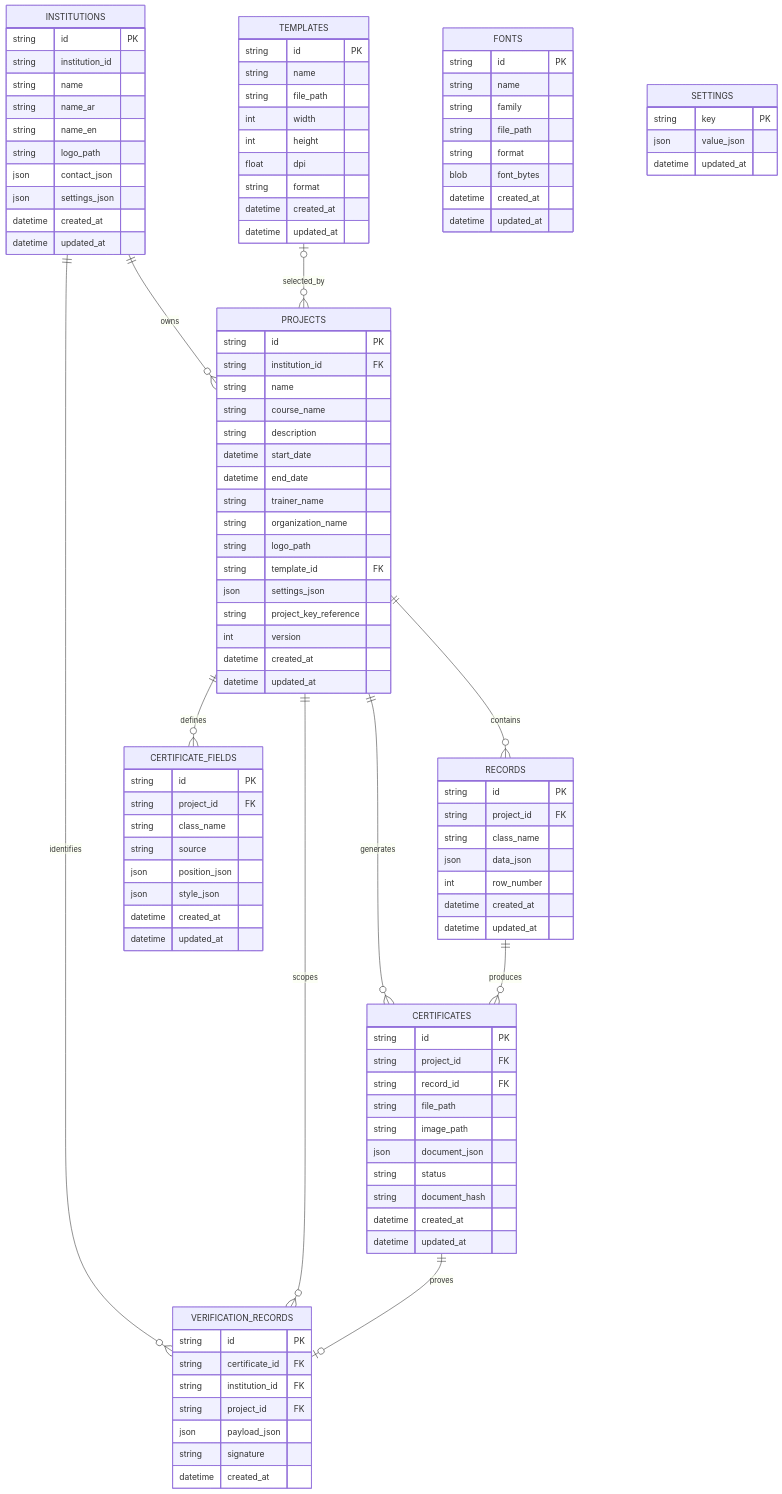
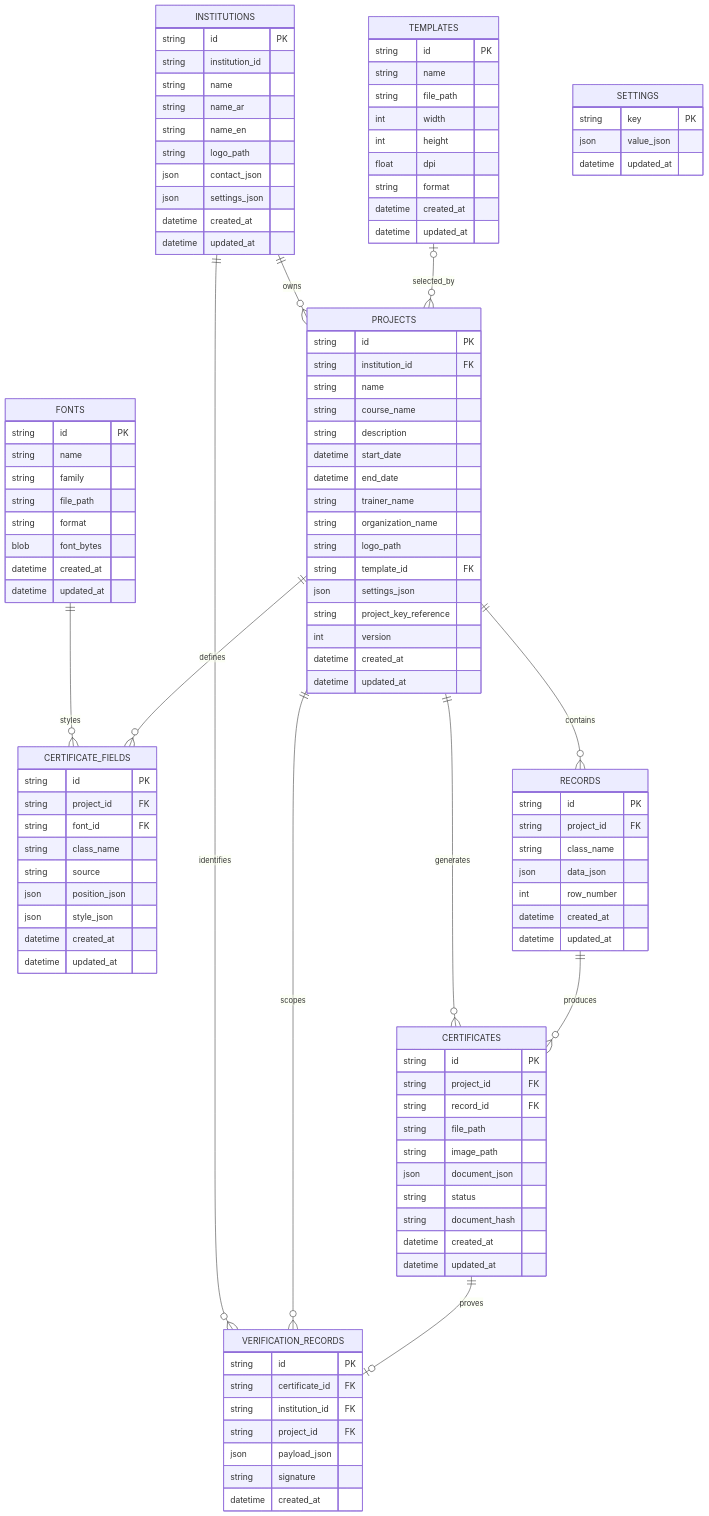
The diagram in .agent/srs.md (Emran025/Certificate-Studio), drawn with Mermaid before and after one commit. The commit also changed other lines of this file and 9 other files, not shown here.

Commit message:
fix(database): link certificate fields to fonts

```diff
--- a/.agent/srs.md
+++ b/.agent/srs.md
@@ -949,6 +952,7 @@
     INSTITUTIONS ||--o{ PROJECTS : owns
     INSTITUTIONS ||--o{ VERIFICATION_RECORDS : identifies
     TEMPLATES o|--o{ PROJECTS : selected_by
+    FONTS ||--o{ CERTIFICATE_FIELDS : styles
     PROJECTS ||--o{ RECORDS : contains
     PROJECTS ||--o{ CERTIFICATE_FIELDS : defines
     PROJECTS ||--o{ CERTIFICATES : generates
@@ -1024,6 +1028,7 @@
     CERTIFICATE_FIELDS {
         string id PK
         string project_id FK
+        string font_id FK
         string class_name
         string source
         json position_json
```
